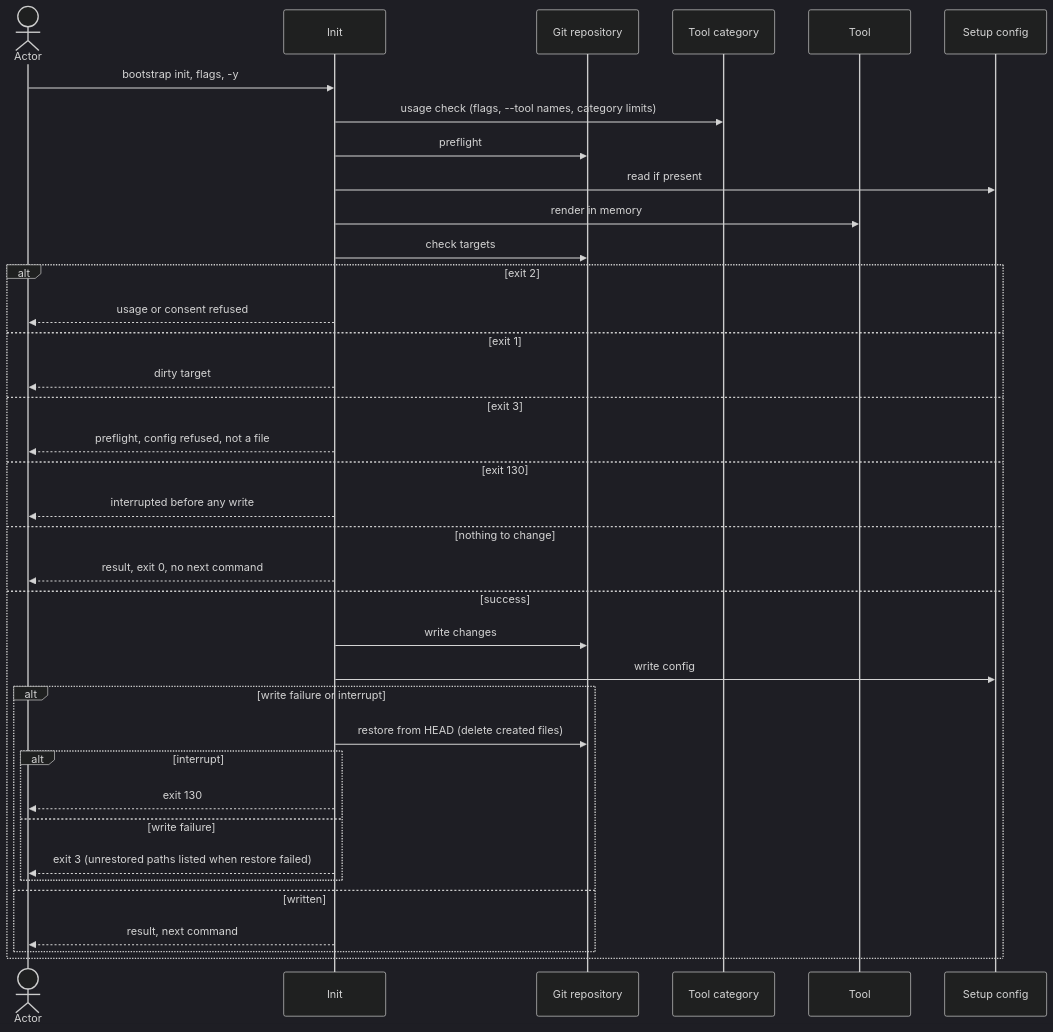
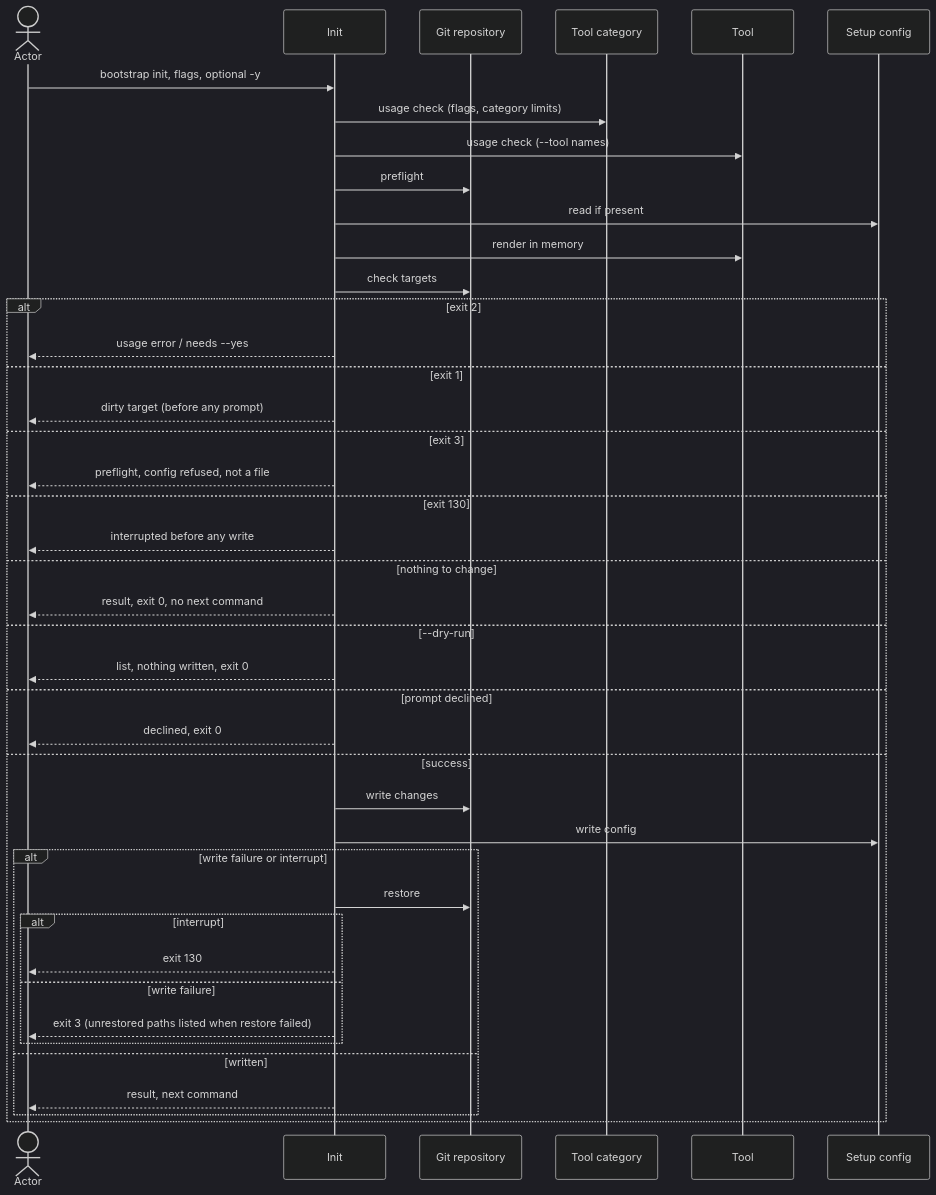
The diagram in docs/blueprint/flows/cli/110-setup-repository/index.md (virajp/bootstrap), drawn with Mermaid (dark theme) before and after one commit. The commit also changed other lines of this file and 17 other files, not shown here.

````diff
--- a/docs/blueprint/flows/cli/110-setup-repository/index.md
+++ b/docs/blueprint/flows/cli/110-setup-repository/index.md
@@ -171,39 +186,44 @@
 ```mermaid
 sequenceDiagram
     actor O as Actor
     participant I as Init
     participant R as Git repository
     participant K as Tool category
     participant G as Tool
     participant C as Setup config
-    O->>I: bootstrap init, flags, -y
-    I->>K: usage check (flags, --tool names, category limits)
+    O->>I: bootstrap init, flags, optional -y
+    I->>K: usage check (flags, category limits)
+    I->>G: usage check (--tool names)
     I->>R: preflight
     I->>C: read if present
     I->>G: render in memory
     I->>R: check targets
     alt exit 2
-        I-->>O: usage or consent refused
+        I-->>O: usage error / needs --yes
     else exit 1
-        I-->>O: dirty target
+        I-->>O: dirty target (before any prompt)
     else exit 3
         I-->>O: preflight, config refused, not a file
     else exit 130
         I-->>O: interrupted before any write
     else nothing to change
         I-->>O: result, exit 0, no next command
+    else --dry-run
+        I-->>O: list, nothing written, exit 0
+    else prompt declined
+        I-->>O: declined, exit 0
     else success
         I->>R: write changes
         I->>C: write config
         alt write failure or interrupt
-            I->>R: restore from HEAD (delete created files)
+            I->>R: restore
             alt interrupt
                 I-->>O: exit 130
             else write failure
                 I-->>O: exit 3 (unrestored paths listed when restore failed)
             end
         else written
             I-->>O: result, next command
         end
     end
 ```
````
